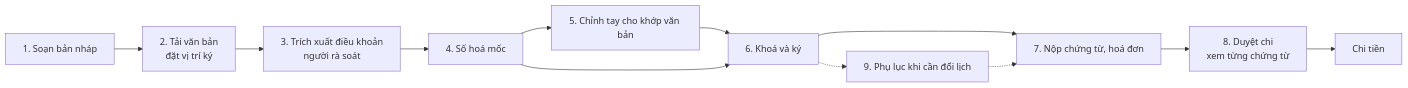
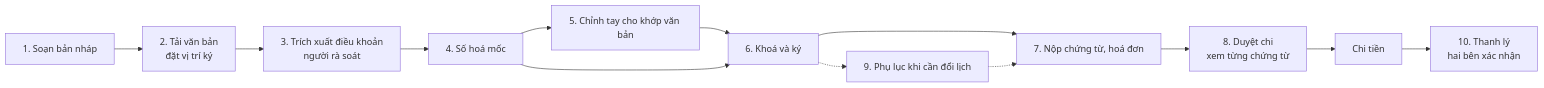
The first of 2 diagrams in docs/11_HOP_DONG_TRONG_UNG_DUNG.md (Tunhoclaptrinh/Code-n-Cash), drawn with Mermaid before and after one commit. The commit also changed other lines of this file and 62 other files, not shown here.

````diff
--- a/docs/11_HOP_DONG_TRONG_UNG_DUNG.md
+++ b/docs/11_HOP_DONG_TRONG_UNG_DUNG.md
@@ -9,14 +9,15 @@
 ```mermaid
 flowchart LR
   A[1. Soạn bản nháp] --> B[2. Tải văn bản<br/>đặt vị trí ký]
   B --> C[3. Trích xuất điều khoản<br/>người rà soát]
   C --> D[4. Số hoá mốc]
   D --> E[5. Chỉnh tay cho khớp văn bản]
   E --> F[6. Khoá và ký]
   D --> F
   F --> G[7. Nộp chứng từ, hoá đơn]
   G --> H[8. Duyệt chi<br/>xem từng chứng từ]
   H --> I[Chi tiền]
   F -.-> J[9. Phụ lục khi cần đổi lịch]
   J -.-> G
+  I --> K[10. Thanh lý<br/>hai bên xác nhận]
 ```
````
